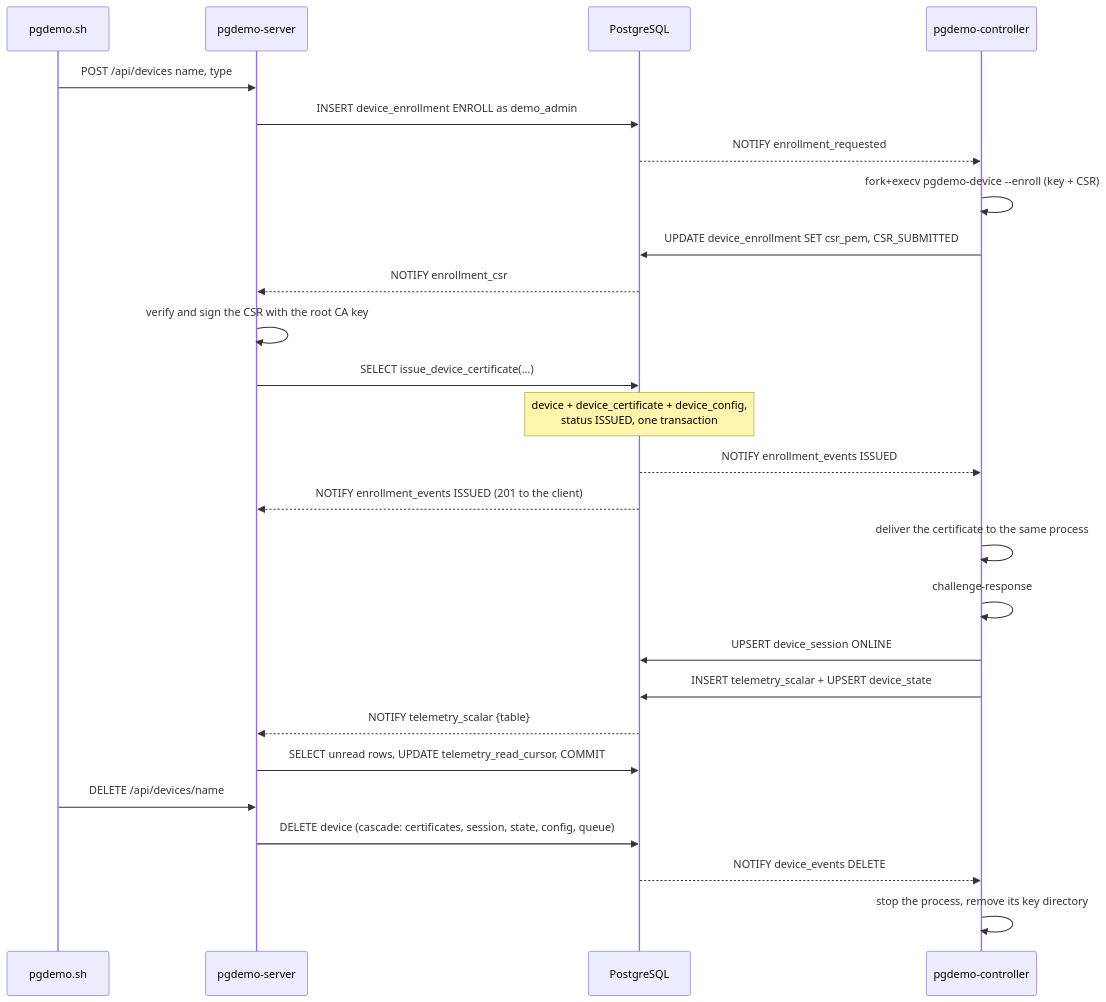
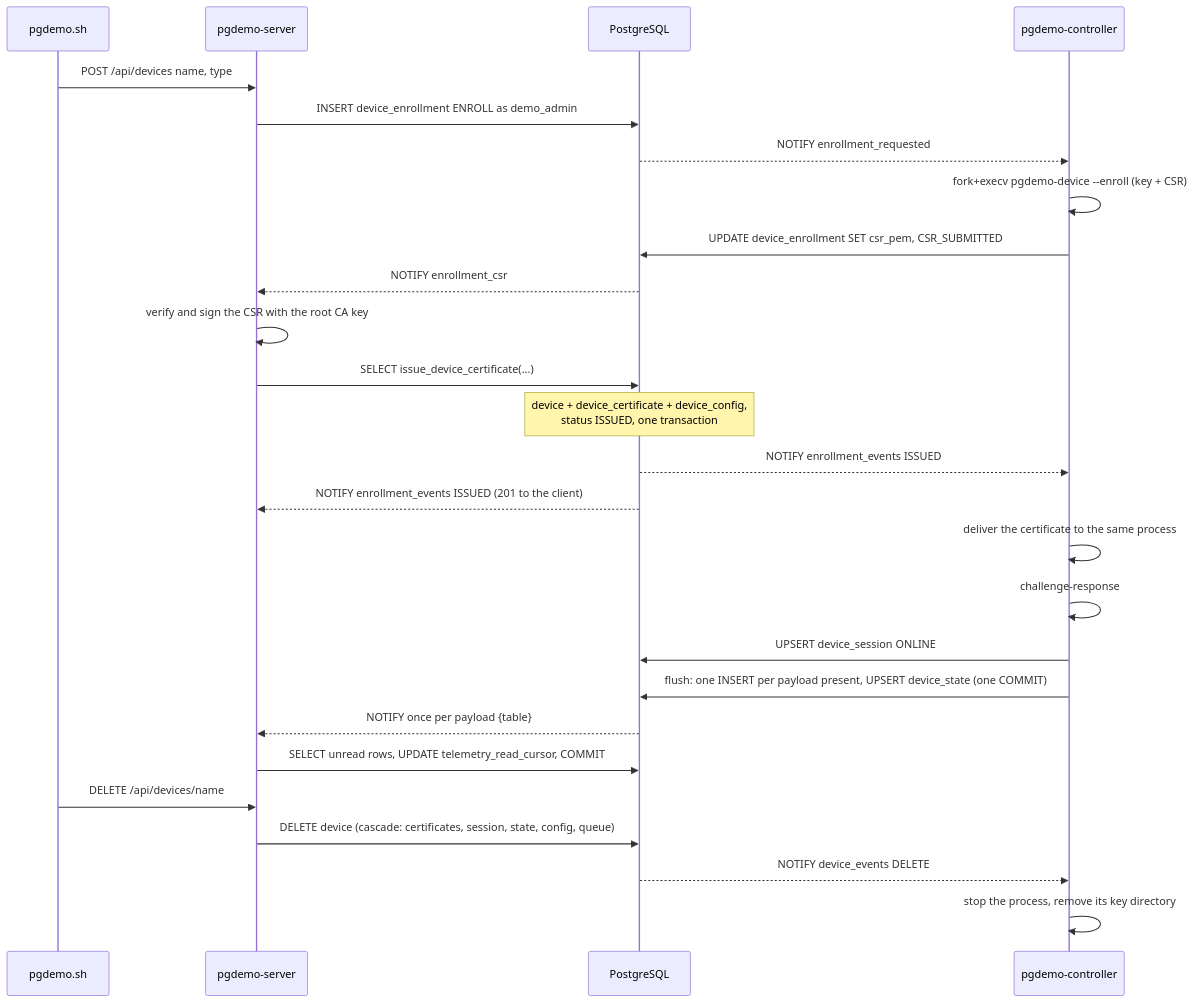
One commit to jgmatu/postgresql changed the third of 4 diagrams in sql/README.md. Above: the diagram before and after it, drawn with Mermaid. The commit also changed other lines of this file and 4 other files, not shown here.

First line of the commit message:
Align the telemetry docs with one flush per window and one notify per insert.

````diff
--- a/sql/README.md
+++ b/sql/README.md
@@ -297,28 +297,28 @@
 ```mermaid
 sequenceDiagram
     participant client as pgdemo.sh
     participant server as pgdemo-server
     participant pg as PostgreSQL
     participant ctl as pgdemo-controller
     client->>server: POST /api/devices name, type
     server->>pg: INSERT device_enrollment ENROLL as demo_admin
     pg-->>ctl: NOTIFY enrollment_requested
     ctl->>ctl: fork+execv pgdemo-device --enroll (key + CSR)
     ctl->>pg: UPDATE device_enrollment SET csr_pem, CSR_SUBMITTED
     pg-->>server: NOTIFY enrollment_csr
     server->>server: verify and sign the CSR with the root CA key
     server->>pg: SELECT issue_device_certificate(...)
     Note over pg: device + device_certificate + device_config,<br/>status ISSUED, one transaction
     pg-->>ctl: NOTIFY enrollment_events ISSUED
     pg-->>server: NOTIFY enrollment_events ISSUED (201 to the client)
     ctl->>ctl: deliver the certificate to the same process
     ctl->>ctl: challenge-response
     ctl->>pg: UPSERT device_session ONLINE
-    ctl->>pg: INSERT telemetry_scalar + UPSERT device_state
-    pg-->>server: NOTIFY telemetry_scalar {table}
+    ctl->>pg: flush: one INSERT per payload present, UPSERT device_state (one COMMIT)
+    pg-->>server: NOTIFY once per payload {table}
     server->>pg: SELECT unread rows, UPDATE telemetry_read_cursor, COMMIT
     client->>server: DELETE /api/devices/name
     server->>pg: DELETE device (cascade: certificates, session, state, config, queue)
     pg-->>ctl: NOTIFY device_events DELETE
     ctl->>ctl: stop the process, remove its key directory
 ```
````
